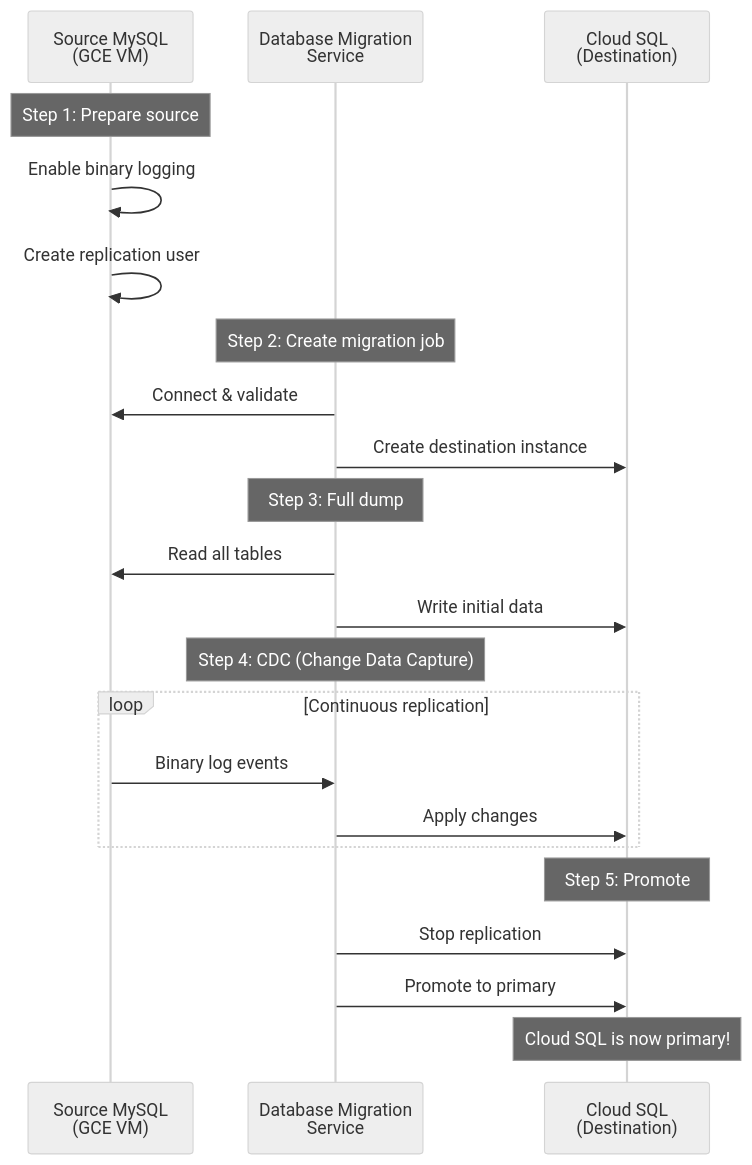
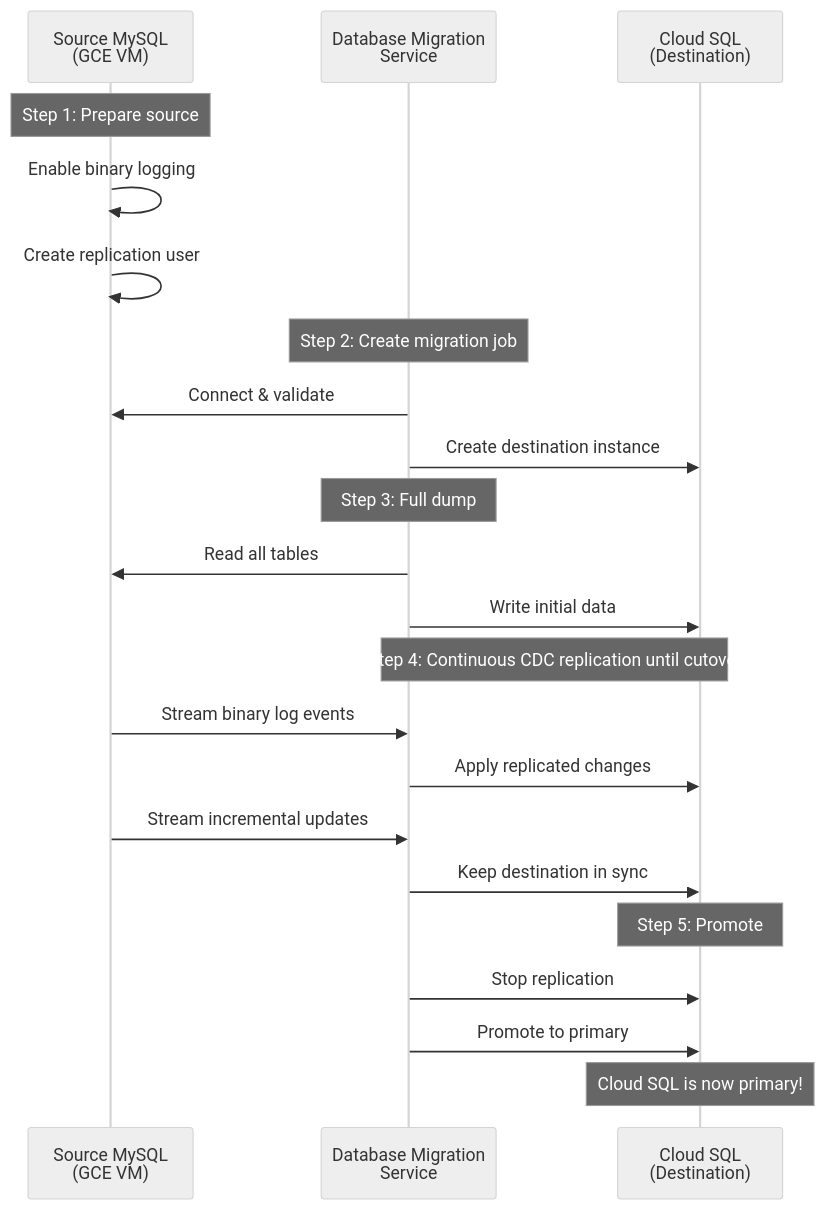
One commit to ShasidharReddy/GCP-Cloud-Engineer changed diagram 16 of 33 in Architecture/README.md. Above: the diagram before and after it, drawn with Mermaid (neutral theme). The commit also changed other lines of this file and 7 other files, not shown here.

Commit message:
fix: resolve Mermaid rendering errors and add official GCP documentation links (#9)

````diff
--- a/Architecture/README.md
+++ b/Architecture/README.md
@@ -775,29 +770,29 @@
 ```mermaid
 sequenceDiagram
     participant Source as Source MySQL<br/>(GCE VM)
     participant DMS as Database Migration<br/>Service
     participant Target as Cloud SQL<br/>(Destination)
     
     Note over Source: Step 1: Prepare source
     Source->>Source: Enable binary logging
     Source->>Source: Create replication user
     
     Note over DMS: Step 2: Create migration job
     DMS->>Source: Connect & validate
     DMS->>Target: Create destination instance
     
     Note over DMS: Step 3: Full dump
     DMS->>Source: Read all tables
     DMS->>Target: Write initial data
     
-    Note over DMS: Step 4: CDC (Change Data Capture)
-    loop Continuous replication
-        Source->>DMS: Binary log events
-        DMS->>Target: Apply changes
-    end
+    Note over DMS,Target: Step 4: Continuous CDC replication until cutover
+    Source->>DMS: Stream binary log events
+    DMS->>Target: Apply replicated changes
+    Source->>DMS: Stream incremental updates
+    DMS->>Target: Keep destination in sync
     
     Note over Target: Step 5: Promote
     DMS->>Target: Stop replication
     DMS->>Target: Promote to primary
     Note over Target: Cloud SQL is now primary!
 ```
````
